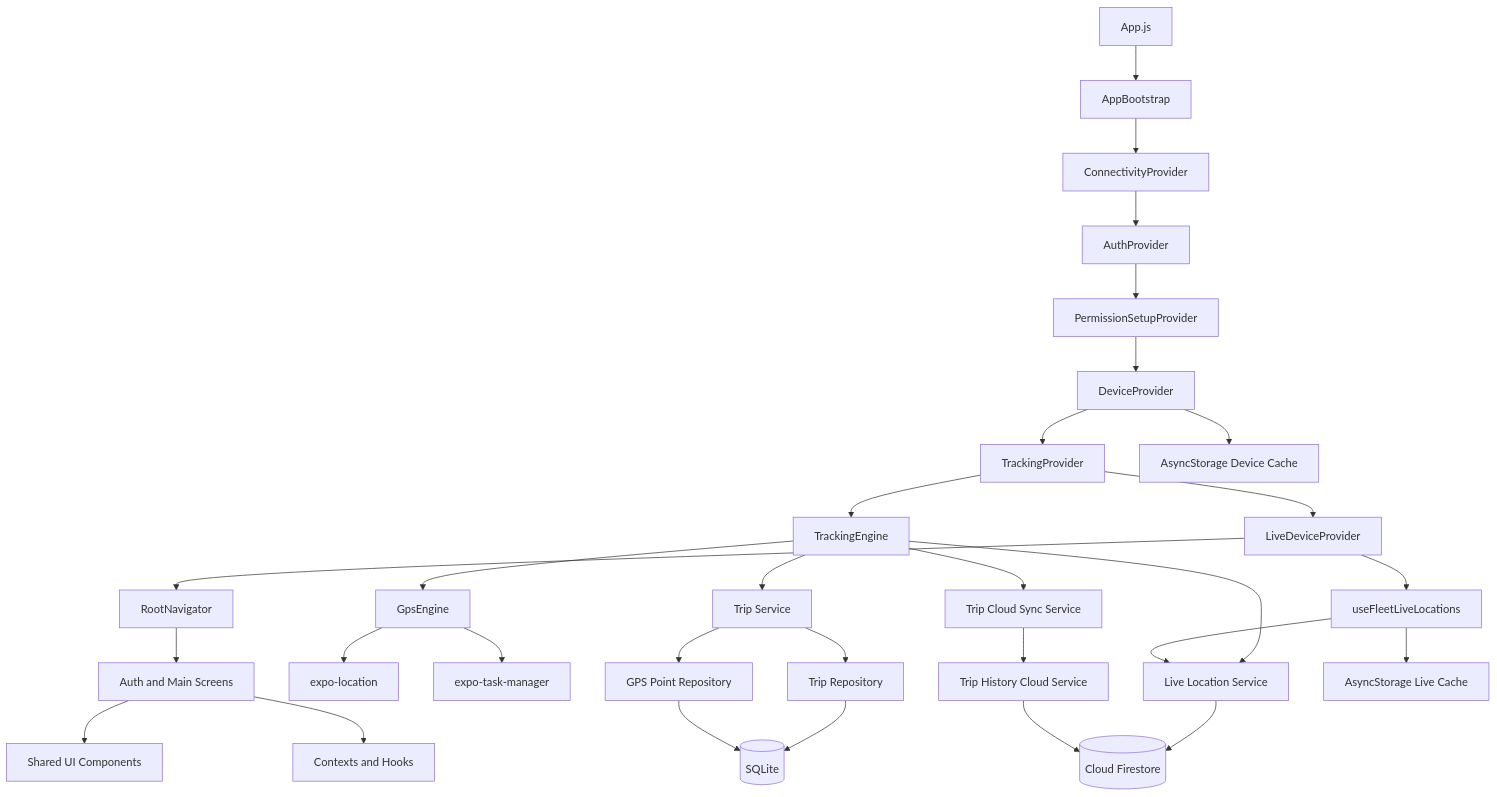
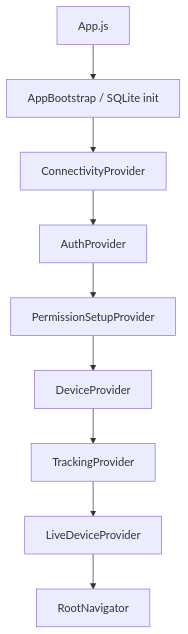
Before and after one commit to bupbalabup/MMA301: the first of 4 diagrams in PROJECT_EXPORT.md, drawn with Mermaid. The commit also changed other lines of this file and 17 other files, not shown here.

````diff
--- a/PROJECT_EXPORT.md
+++ b/PROJECT_EXPORT.md
@@ -165,38 +25,11 @@
 ```mermaid
 flowchart TD
-  App[App.js] --> Bootstrap[AppBootstrap]
+  App[App.js] --> Bootstrap[AppBootstrap / SQLite init]
   Bootstrap --> Connectivity[ConnectivityProvider]
   Connectivity --> Auth[AuthProvider]
   Auth --> Permission[PermissionSetupProvider]
   Permission --> Device[DeviceProvider]
   Device --> Tracking[TrackingProvider]
-  Tracking --> LiveDevice[LiveDeviceProvider]
-  LiveDevice --> Navigation[RootNavigator]
-
-  Navigation --> Screens[Auth and Main Screens]
-  Screens --> UI[Shared UI Components]
-  Screens --> Contexts[Contexts and Hooks]
-
-  Tracking --> TrackingEngine[TrackingEngine]
-  TrackingEngine --> GpsEngine[GpsEngine]
-  GpsEngine --> ExpoLocation[expo-location]
-  GpsEngine --> TaskManager[expo-task-manager]
-
-  TrackingEngine --> TripService[Trip Service]
-  TripService --> TripRepo[Trip Repository]
-  TripService --> PointRepo[GPS Point Repository]
-  TripRepo --> SQLite[(SQLite)]
-  PointRepo --> SQLite
-
-  TrackingEngine --> LiveLocationService[Live Location Service]
-  LiveLocationService --> Firestore[(Cloud Firestore)]
-
-  TrackingEngine --> CloudSync[Trip Cloud Sync Service]
-  CloudSync --> CloudHistory[Trip History Cloud Service]
-  CloudHistory --> Firestore
-
-  LiveDevice --> FleetHook[useFleetLiveLocations]
-  FleetHook --> LiveLocationService
-  FleetHook --> Cache[AsyncStorage Live Cache]
-  Device --> DeviceCache[AsyncStorage Device Cache]
+  Tracking --> Live[LiveDeviceProvider]
+  Live --> Navigation[RootNavigator]
 ```
````
